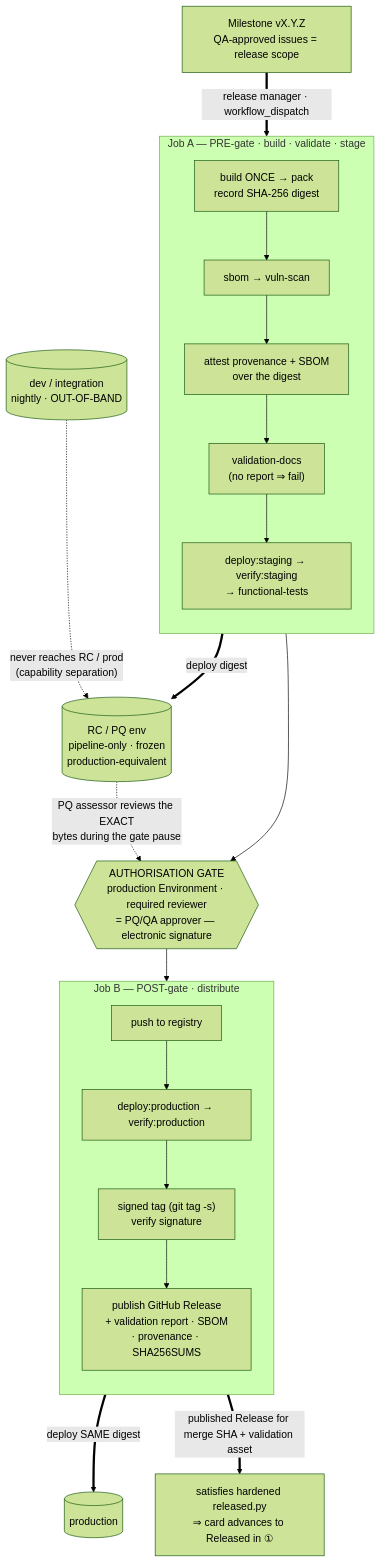
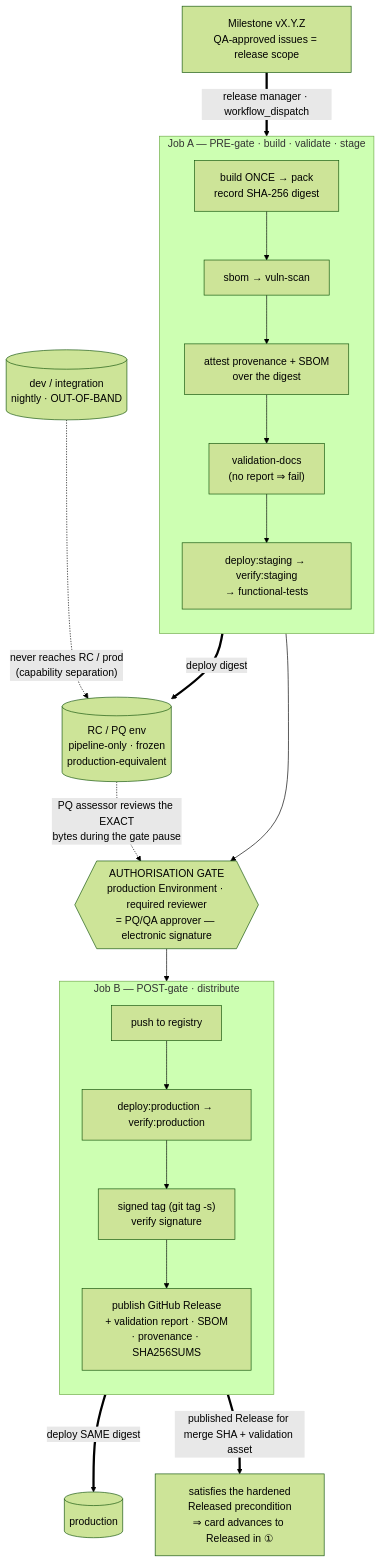
Before and after one commit to CCTC-team/.github: the second of 2 diagrams in AIPlans/Release process plan.md, drawn with Mermaid (forest theme). The commit also changed other lines of this file, not shown here.

````diff
--- a/AIPlans/Release process plan.md
+++ b/AIPlans/Release process plan.md
@@ -272,23 +280,23 @@
 ```mermaid
 flowchart TB
     MS["Milestone vX.Y.Z<br/>QA-approved issues = release scope"] == "release manager · workflow_dispatch" ==> A1
 
     subgraph JOBA["Job A — PRE-gate · build · validate · stage"]
         direction TB
         A1["build ONCE → pack<br/>record SHA-256 digest"] --> A2["sbom → vuln-scan"] --> A3["attest provenance + SBOM<br/>over the digest"] --> A4["validation-docs<br/>(no report ⇒ fail)"] --> A5["deploy:staging → verify:staging<br/>→ functional-tests"]
     end
 
     A5 == "deploy digest" ==> RCENV[("RC / PQ env<br/>pipeline-only · frozen<br/>production-equivalent")]
     A5 --> GATE{{"AUTHORISATION GATE<br/>production Environment · required reviewer<br/>= PQ/QA approver — electronic signature"}}
     RCENV -. "PQ assessor reviews the EXACT<br/>bytes during the gate pause" .-> GATE
     GATE --> Bp
 
     subgraph JOBB["Job B — POST-gate · distribute"]
         direction TB
         Bp["push to registry"] --> Bd["deploy:production → verify:production"] --> Bt["signed tag (git tag -s)<br/>verify signature"] --> Br["publish GitHub Release<br/>+ validation report · SBOM<br/>· provenance · SHA256SUMS"]
     end
 
     Bd == "deploy SAME digest" ==> PRODENV[("production")]
     DEVENV[("dev / integration<br/>nightly · OUT-OF-BAND")] -. "never reaches RC / prod<br/>(capability separation)" .-> RCENV
-    Br == "published Release for merge SHA + validation asset" ==> RELG["satisfies hardened released.py<br/>⇒ card advances to Released in ①"]
+    Br == "published Release for merge SHA + validation asset" ==> RELG["satisfies the hardened<br/>Released precondition<br/>⇒ card advances to Released in ①"]
 ```
````
